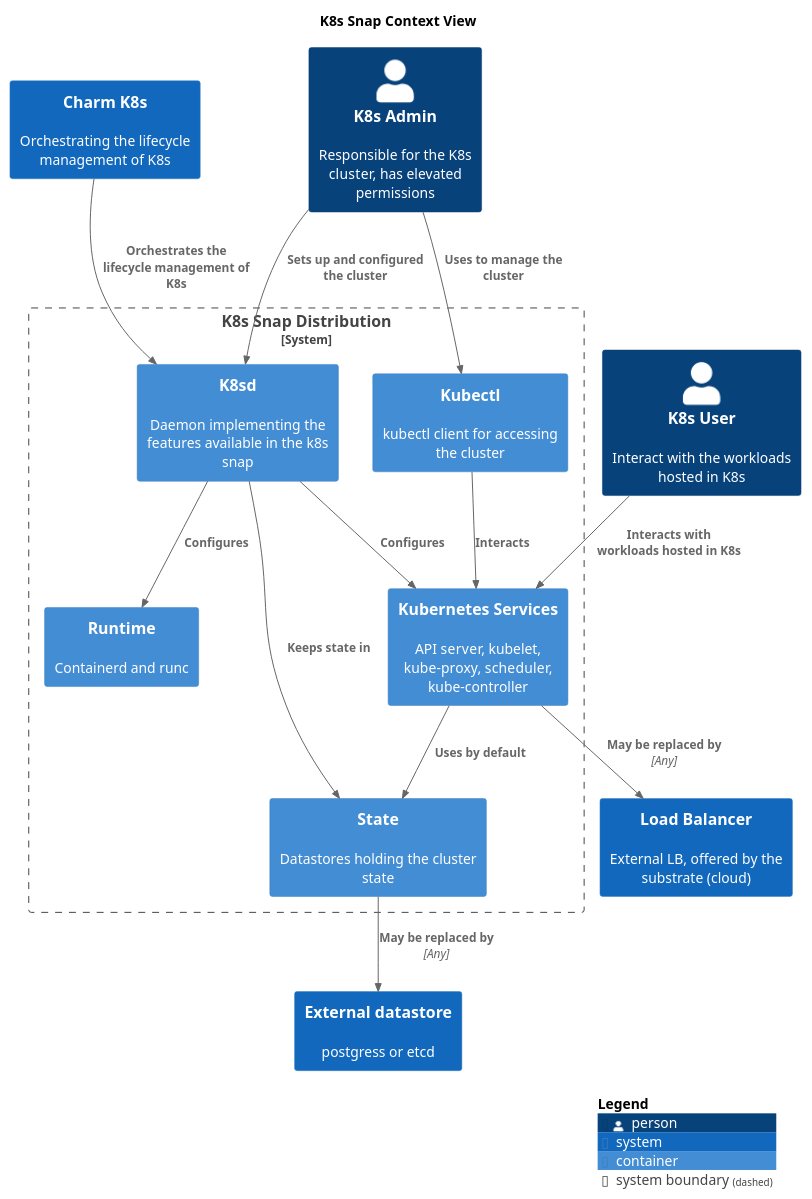
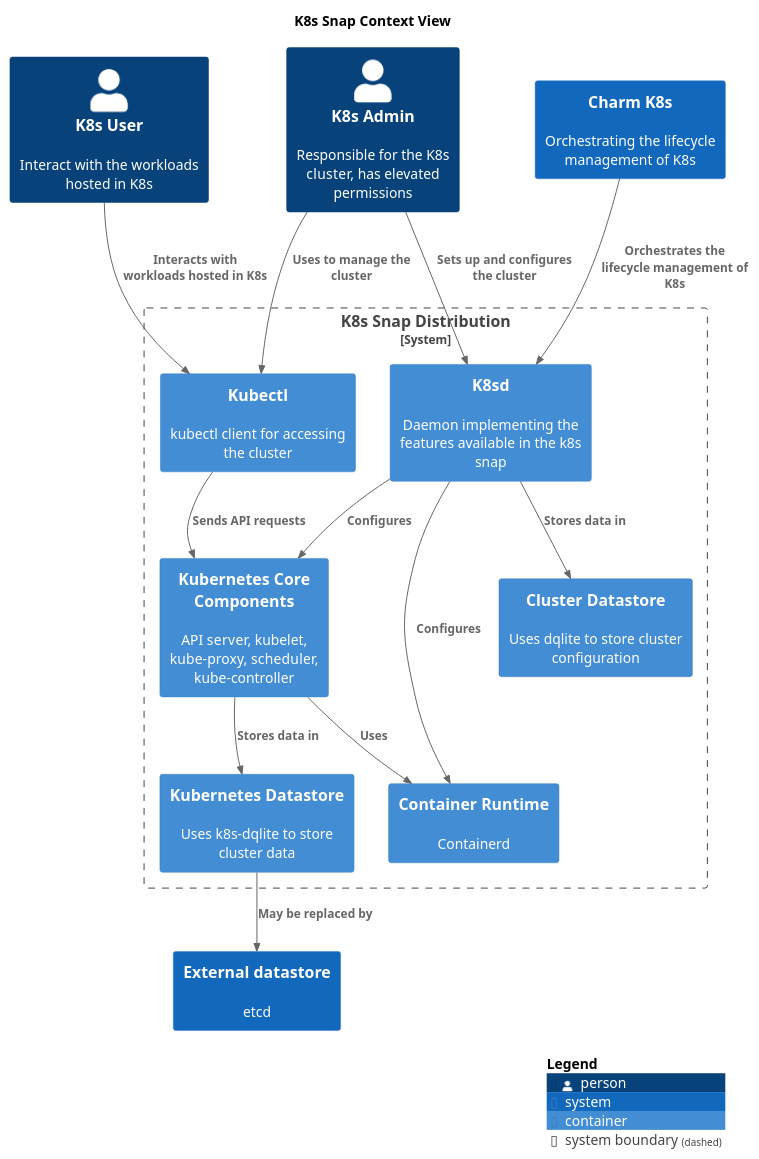
One commit to canonical/k8s-snap changed the diagram in docs/canonicalk8s/assets/k8s-container.puml. Above: the diagram before and after it, drawn with PlantUML. The commit also changed 163 other files, not shown here.

```diff
--- a/docs/canonicalk8s/assets/k8s-container.puml
+++ b/docs/canonicalk8s/assets/k8s-container.puml
@@ -1,38 +1,38 @@
 @startuml
 set separator none
 title K8s Snap Context View
 
 top to bottom direction
 
 !include <C4/C4>
 !include <C4/C4_Context>
 !include <C4/C4_Container>
 
 Person(K8sAdmin, "K8s Admin", $descr="Responsible for the K8s cluster, has elevated permissions", $tags="", $link="")
 Person(K8sUser, "K8s User", $descr="Interact with the workloads hosted in K8s", $tags="", $link="")
 System(CharmK8s, "Charm K8s", $descr="Orchestrating the lifecycle management of K8s", $tags="", $link="")
-System(LoadBalancer, "Load Balancer", $descr="External LB, offered by the substrate (cloud)", $tags="", $link="")
-System(Externaldatastore, "External datastore", $descr="postgress or etcd", $tags="", $link="")
+System(Externaldatastore, "External datastore", $descr="etcd", $tags="", $link="")
 
 System_Boundary("K8sSnapDistribution_boundary", "K8s Snap Distribution", $tags="") {
-  Container(K8sSnapDistribution.KubernetesServices, "Kubernetes Services", $techn="", $descr="API server, kubelet, kube-proxy, scheduler, kube-controller", $tags="", $link="")
-  Container(K8sSnapDistribution.Runtime, "Runtime", $techn="", $descr="Containerd and runc", $tags="", $link="")
+  Container(K8sSnapDistribution.KubernetesCoreComponents, "Kubernetes Core Components", $techn="", $descr="API server, kubelet, kube-proxy, scheduler, kube-controller", $tags="", $link="")
+  Container(K8sSnapDistribution.ContainerRuntime, "Container Runtime", $techn="", $descr="Containerd", $tags="", $link="")
   Container(K8sSnapDistribution.K8sd, "K8sd", $techn="", $descr="Daemon implementing the features available in the k8s snap", $tags="", $link="")
-  Container(K8sSnapDistribution.State, "State", $techn="", $descr="Datastores holding the cluster state", $tags="", $link="")
+  Container(K8sSnapDistribution.K8sddatastore, "Cluster Datastore", $techn="", $descr="Uses dqlite to store cluster configuration", $tags="", $link="")
   Container(K8sSnapDistribution.Kubectl, "Kubectl", $techn="", $descr="kubectl client for accessing the cluster", $tags="", $link="")
+  Container(K8sSnapDistribution.Kubernetesdatastore, "Kubernetes Datastore", $techn="", $descr="Uses k8s-dqlite to store cluster data", $tags="", $link="")
 }
 
-Rel(K8sAdmin, K8sSnapDistribution.K8sd, "Sets up and configured the cluster", $techn="", $tags="", $link="")
+Rel(K8sAdmin, K8sSnapDistribution.K8sd, "Sets up and configures the cluster", $techn="", $tags="", $link="")
 Rel(K8sAdmin, K8sSnapDistribution.Kubectl, "Uses to manage the cluster", $techn="", $tags="", $link="")
-Rel(K8sUser, K8sSnapDistribution.KubernetesServices, "Interacts with workloads hosted in K8s", $techn="", $tags="", $link="")
+Rel(K8sUser, K8sSnapDistribution.Kubectl, "Interacts with workloads hosted in K8s", $techn="", $tags="", $link="")
 Rel(CharmK8s, K8sSnapDistribution.K8sd, "Orchestrates the lifecycle management of K8s", $techn="", $tags="", $link="")
-Rel(K8sSnapDistribution.State, Externaldatastore, "May be replaced by", $techn="Any", $tags="", $link="")
-Rel(K8sSnapDistribution.KubernetesServices, LoadBalancer, "May be replaced by", $techn="Any", $tags="", $link="")
-Rel(K8sSnapDistribution.K8sd, K8sSnapDistribution.KubernetesServices, "Configures", $techn="", $tags="", $link="")
-Rel(K8sSnapDistribution.KubernetesServices, K8sSnapDistribution.State, "Uses by default", $techn="", $tags="", $link="")
-Rel(K8sSnapDistribution.K8sd, K8sSnapDistribution.State, "Keeps state in", $techn="", $tags="", $link="")
-Rel(K8sSnapDistribution.Kubectl, K8sSnapDistribution.KubernetesServices, "Interacts", $techn="", $tags="", $link="")
-Rel(K8sSnapDistribution.K8sd, K8sSnapDistribution.Runtime, "Configures", $techn="", $tags="", $link="")
+Rel(K8sSnapDistribution.K8sd, K8sSnapDistribution.K8sddatastore, "Stores data in", $techn="", $tags="", $link="")
+Rel(K8sSnapDistribution.KubernetesCoreComponents, K8sSnapDistribution.Kubernetesdatastore, "Stores data in", $techn="", $tags="", $link="")
+Rel(K8sSnapDistribution.Kubernetesdatastore, Externaldatastore, "May be replaced by", $techn="", $tags="", $link="")
+Rel(K8sSnapDistribution.K8sd, K8sSnapDistribution.KubernetesCoreComponents, "Configures", $techn="", $tags="", $link="")
+Rel(K8sSnapDistribution.KubernetesCoreComponents, K8sSnapDistribution.ContainerRuntime, "Uses", $techn="", $tags="", $link="")
+Rel(K8sSnapDistribution.Kubectl, K8sSnapDistribution.KubernetesCoreComponents, "Sends API requests", $techn="", $tags="", $link="")
+Rel(K8sSnapDistribution.K8sd, K8sSnapDistribution.ContainerRuntime, "Configures", $techn="", $tags="", $link="")
 
 SHOW_LEGEND(true)
 @enduml
```
